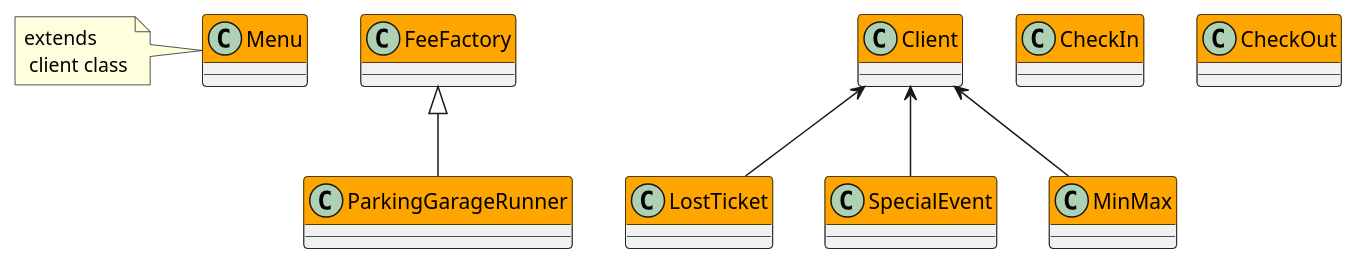
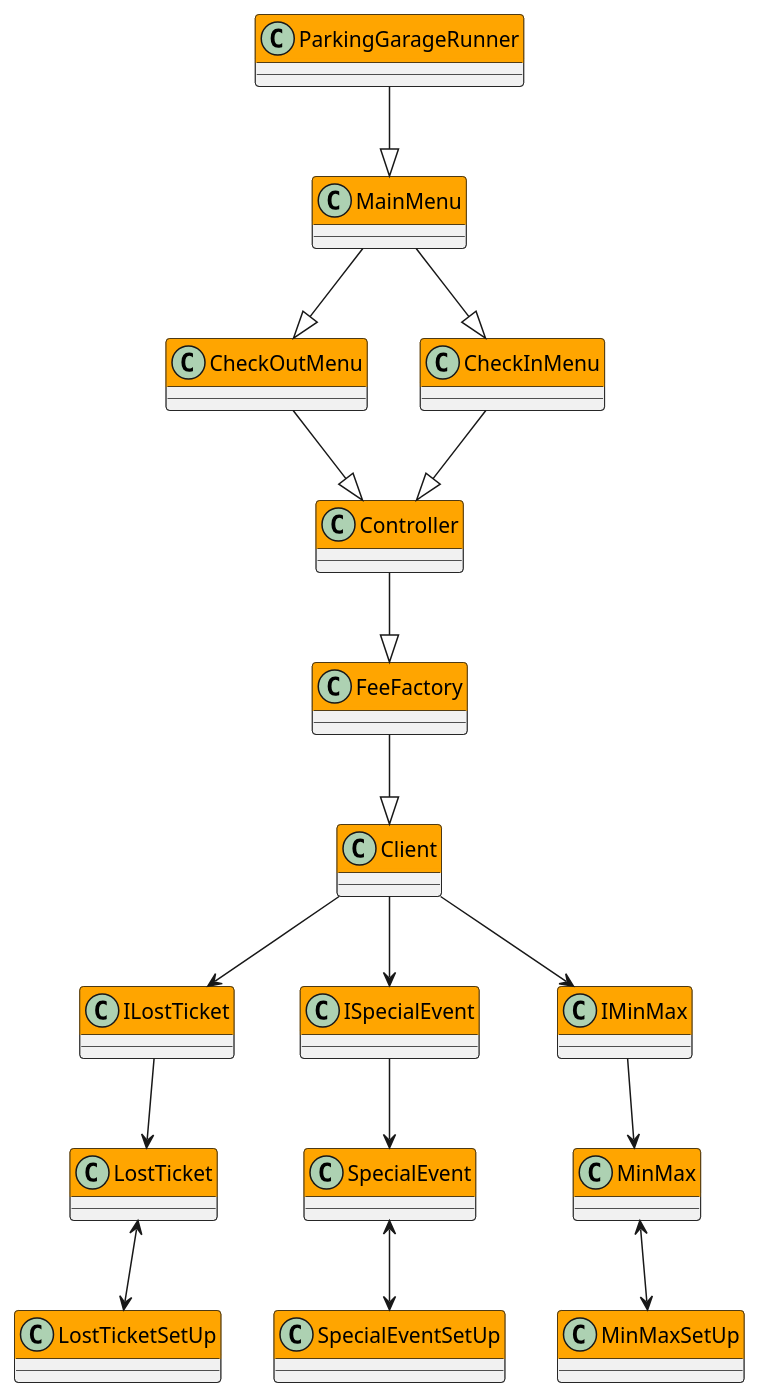
Before and after one commit to eugene8105/U3-parkingApp: the diagram in out/production/U3-parkingApp/com/ebobalo/UML_Diagram.puml, drawn with PlantUML. The commit also changed 4 other files, not shown here.

```diff
--- a/out/production/U3-parkingApp/com/ebobalo/UML_Diagram.puml
+++ b/out/production/U3-parkingApp/com/ebobalo/UML_Diagram.puml
@@ -1,40 +1,54 @@
 @startuml
 skinparam classHeaderBackgroundColor orange
 
 
-class ParkingGarageRunner{
-}
+class ParkingGarageRunner{}
 
-class Client{
-}
+class Client{}
 
-class FeeFactory{
-}
+class MainMenu{}
+class CheckOutMenu{}
+class CheckInMenu{}
 
+class Controller{}
+class FeeFactory{}
 
-class LostTicket{
-}
+class ILostTicket{}
+class LostTicket{}
+class LostTicketSetUp{}
 
-class SpecialEvent{
-}
+class ISpecialEvent{}
+class SpecialEventSetUp{}
+class SpecialEvent{}
 
-class MinMax{
-}
+class IMinMax{}
+class MinMax{}
+class MinMaxSetUp{}
 
-class CheckIn{
-}
+ParkingGarageRunner --|> MainMenu
 
-class CheckOut{
-}
+MainMenu --|> CheckInMenu
+MainMenu --|> CheckOutMenu
 
-class Menu{
-}
+CheckInMenu --|> Controller
+CheckOutMenu --|> Controller
 
-FeeFactory <|-- ParkingGarageRunner
-Client <-- LostTicket
-Client <-- SpecialEvent
-Client <-- MinMax
-note left : extends \n client class
+Controller --|> FeeFactory
+
+FeeFactory --|> Client
+
+Client --> ILostTicket
+Client --> ISpecialEvent
+Client --> IMinMax
+
+ILostTicket --> LostTicket
+LostTicket <--> LostTicketSetUp
+
+ISpecialEvent --> SpecialEvent
+SpecialEvent <--> SpecialEventSetUp
+
+IMinMax --> MinMax
+MinMax <--> MinMaxSetUp
 
 
 @enduml
```
